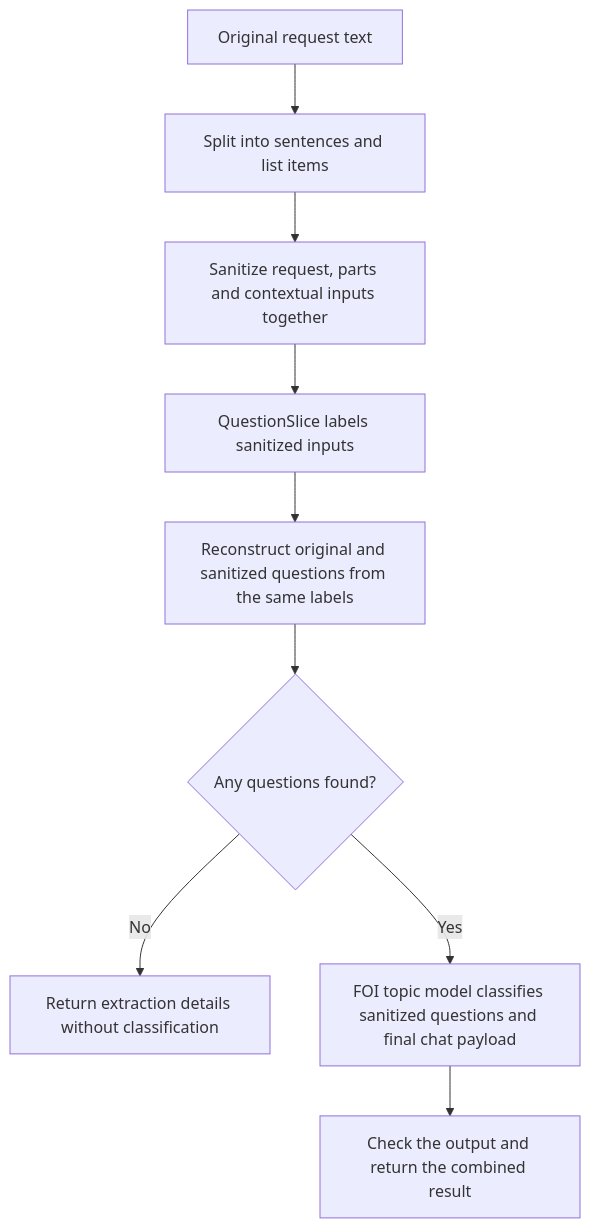
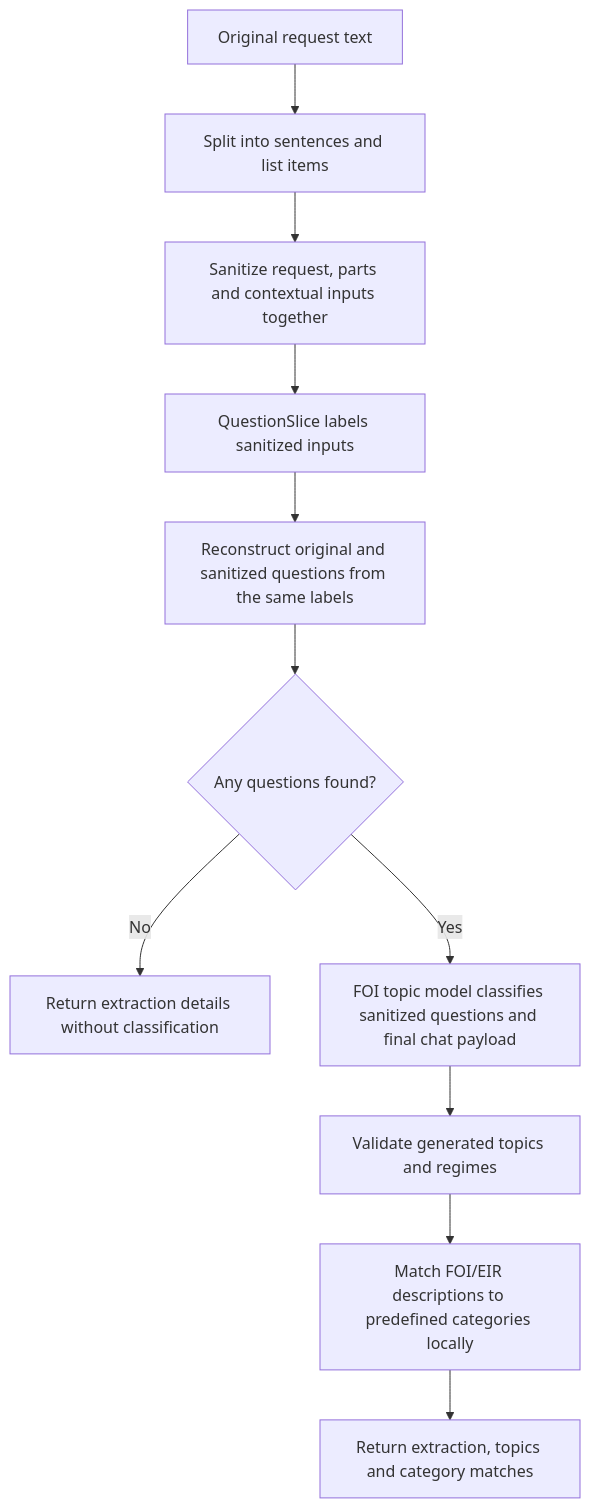
The diagram in docs/foi.md (mysociety/llm-management), drawn with Mermaid before and after one commit. The commit also changed other lines of this file and 2 other files, not shown here.

First line of the commit message:
Describe question categories and inference contracts

````diff
--- a/docs/foi.md
+++ b/docs/foi.md
@@ -16,11 +17,13 @@
 ```mermaid
 flowchart TD
     A[Original request text] --> B[Split into sentences and list items]
     B --> S[Sanitize request, parts and contextual inputs together]
     S --> C[QuestionSlice labels sanitized inputs]
     C --> D[Reconstruct original and sanitized questions from the same labels]
     D --> E{Any questions found?}
     E -->|No| F[Return extraction details without classification]
     E -->|Yes| G[FOI topic model classifies sanitized questions and final chat payload]
-    G --> H[Check the output and return the combined result]
+    G --> H[Validate generated topics and regimes]
+    H --> I[Match FOI/EIR descriptions to predefined categories locally]
+    I --> J[Return extraction, topics and category matches]
 ```
````
